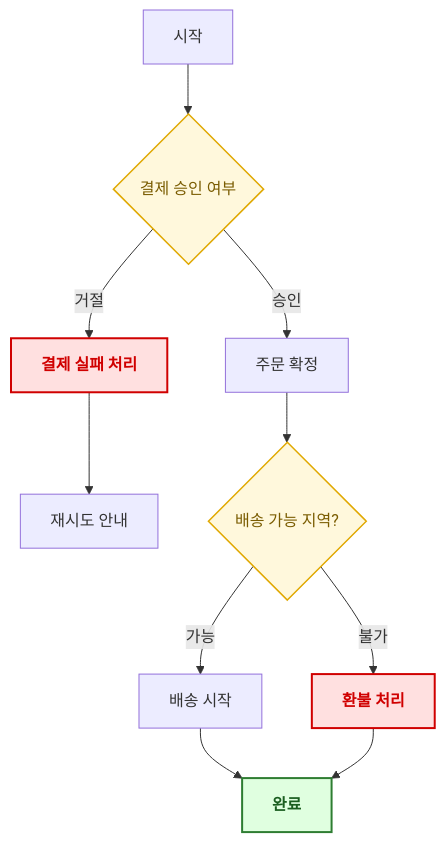
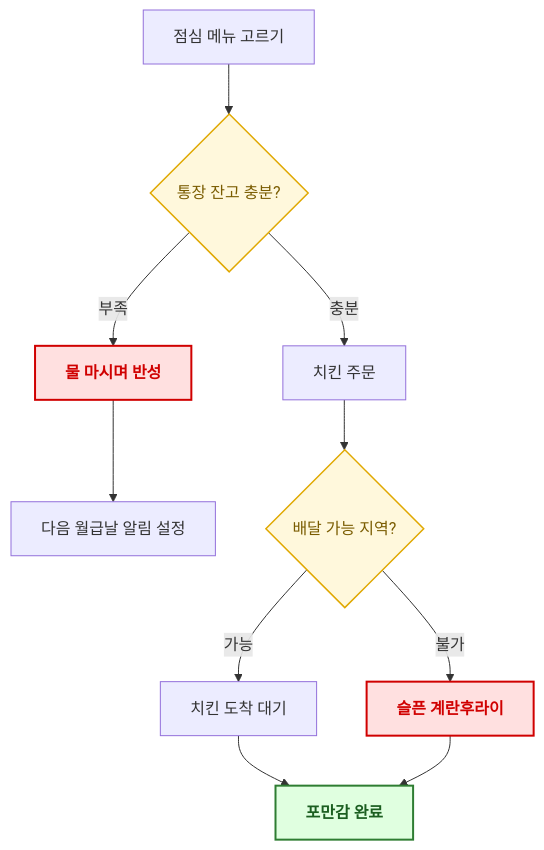
The second of 6 diagrams in Mermaid/README.md (kimpro82/MyWebPractice), drawn with Mermaid before and after one commit. The commit also changed other lines of this file and 6 other files, not shown here.

Commit message:
Mermaid: Update flowcharts with new scenarios and improve node descriptions

````diff
--- a/Mermaid/README.md
+++ b/Mermaid/README.md
@@ -45,20 +45,20 @@
 ```mermaid
 flowchart TD
-    A[시작] --> B{결제 승인 여부}
-    B -->|승인| C[주문 확정]
-    B -->|거절| D[결제 실패 처리]
-    D --> E[재시도 안내]
-    C --> F{배송 가능 지역?}
-    F -->|가능| G[배송 시작]
-    F -->|불가| H[환불 처리]
-    G --> I[완료]
+    A[점심 메뉴 고르기] --> B{통장 잔고 충분?}
+    B -->|충분| C[치킨 주문]
+    B -->|부족| D[물 마시며 반성]
+    D --> E[다음 월급날 알림 설정]
+    C --> F{배달 가능 지역?}
+    F -->|가능| G[치킨 도착 대기]
+    F -->|불가| H[슬픈 계란후라이]
+    G --> I[포만감 완료]
     H --> I
 
     class D,H danger
     class F,B decision
     class I success
 
     classDef danger fill:#ffe0e0,stroke:#d00000,stroke-width:2px,color:#d00000,font-weight:bold;
     classDef decision fill:#fff8dc,stroke:#e0a800,stroke-width:1.5px,color:#7a5c00;
     classDef success fill:#e0ffe0,stroke:#2e7d32,stroke-width:2px,color:#1b5e20,font-weight:bold;
 ```
````
